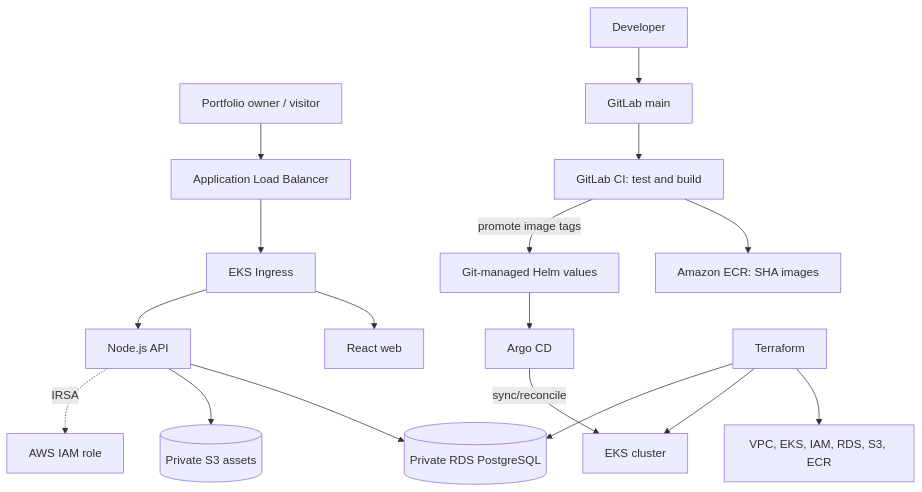
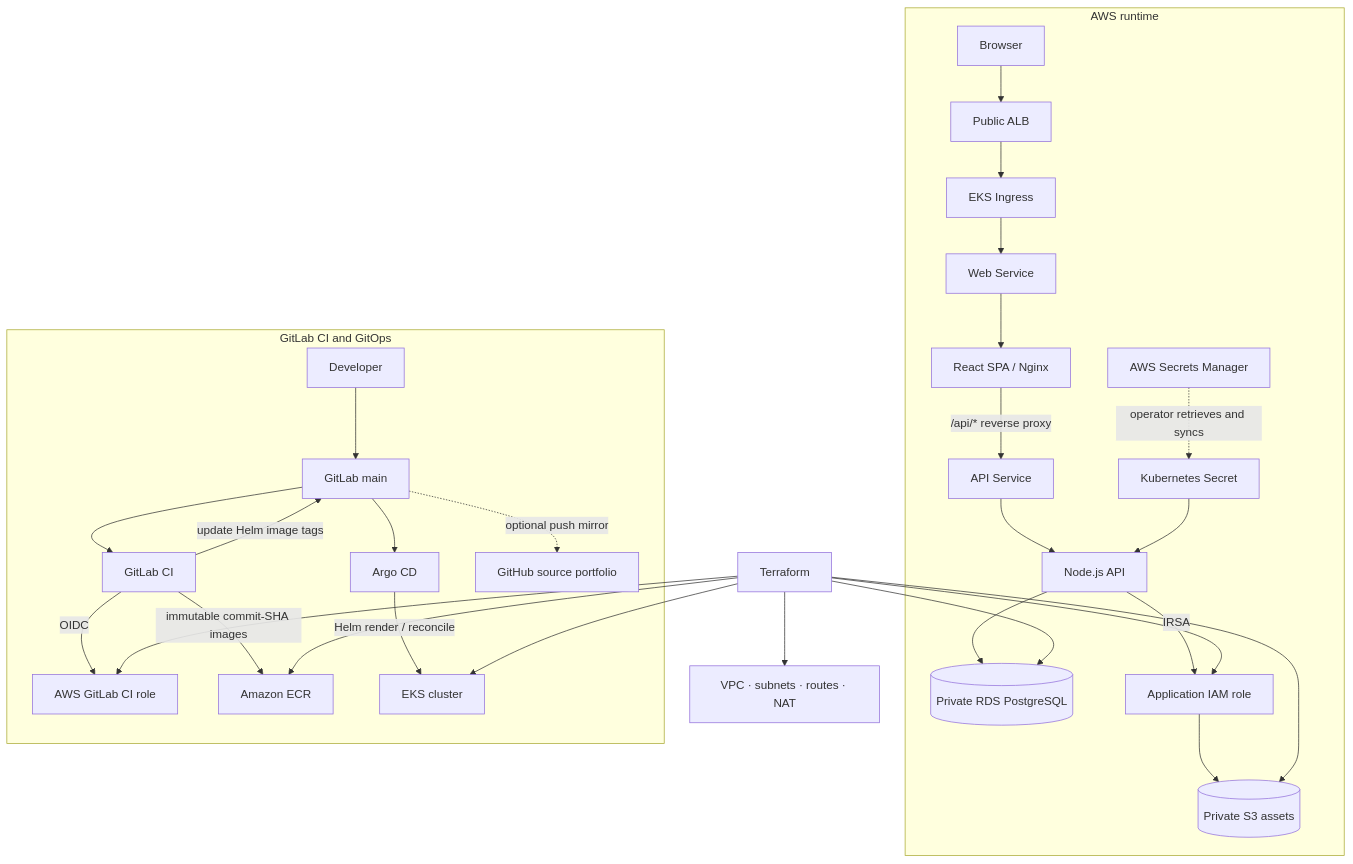
Before and after one commit to S-charan120/showcaseme-aws-eks-devops: the diagram in docs/architecture.md, drawn with Mermaid. The commit also changed other lines of this file and 9 other files, not shown here.

First line of the commit message:
Final AWS EKS polish: Terraform layout and workflow docs

````diff
--- a/docs/architecture.md
+++ b/docs/architecture.md
@@ -14,19 +15,35 @@
 ```mermaid
 flowchart TB
-    Visitor[Portfolio owner / visitor] --> ALB[Application Load Balancer]
+  subgraph Runtime["AWS runtime"]
+    Visitor[Browser] --> ALB[Public ALB]
     ALB --> Ingress[EKS Ingress]
-    Ingress --> Web[React web]
-    Ingress --> API[Node.js API]
+    Ingress --> WebSvc[Web Service]
+    WebSvc --> Nginx[React SPA / Nginx]
+    Nginx -->|/api/* reverse proxy| ApiSvc[API Service]
+    ApiSvc --> API[Node.js API]
     API --> RDS[(Private RDS PostgreSQL)]
-    API --> S3[(Private S3 assets)]
-    API -.->|IRSA| AWSIAM[AWS IAM role]
-    Dev[Developer] --> GitLab[GitLab main]
-    GitLab --> CI[GitLab CI: test and build]
-    CI --> ECR[Amazon ECR: SHA images]
-    CI -->|promote image tags| GitOps[Git-managed Helm values]
-    GitOps --> Argo[Argo CD]
-    Argo -->|sync/reconcile| EKS[EKS cluster]
-    TF[Terraform] --> AWSInfra[VPC, EKS, IAM, RDS, S3, ECR]
-    TF --> EKS
-    TF --> RDS
+    API -->|IRSA| IAMRole[Application IAM role]
+    IAMRole --> S3[(Private S3 assets)]
+    SM[AWS Secrets Manager] -.->|operator retrieves and syncs| K8sSecret[Kubernetes Secret]
+    K8sSecret --> API
+  end
+
+  subgraph Delivery["GitLab CI and GitOps"]
+    Dev[Developer] --> GL[GitLab main]
+    GL --> CI[GitLab CI]
+    CI -->|OIDC| GitLabRole[AWS GitLab CI role]
+    CI -->|immutable commit-SHA images| ECR[Amazon ECR]
+    CI -->|update Helm image tags| GL
+    GL --> Argo[Argo CD]
+    Argo -->|Helm render / reconcile| EKS[EKS cluster]
+    GL -.->|optional push mirror| GH[GitHub source portfolio]
+  end
+
+  TF[Terraform] --> Network[VPC · subnets · routes · NAT]
+  TF --> EKS
+  TF --> RDS
+  TF --> S3
+  TF --> ECR
+  TF --> IAMRole
+  TF --> GitLabRole
 ```
````
